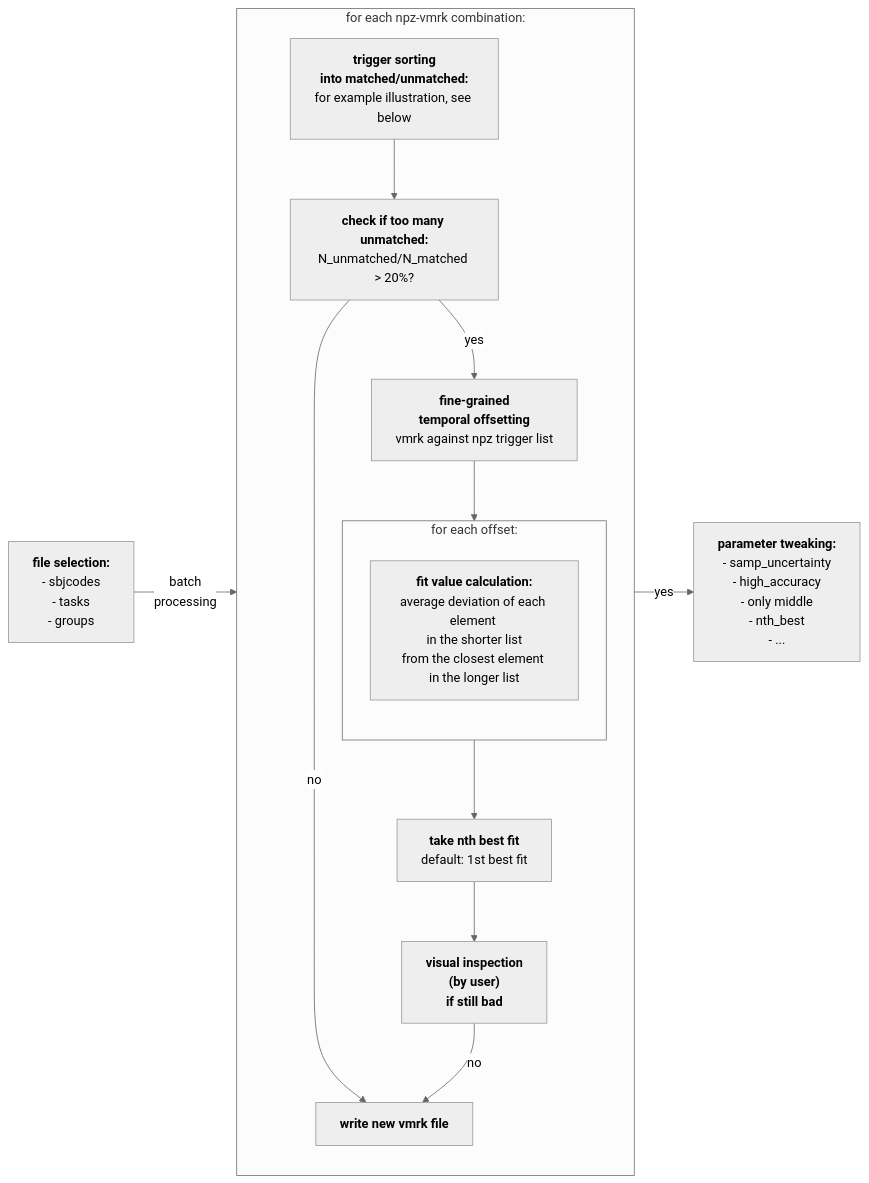
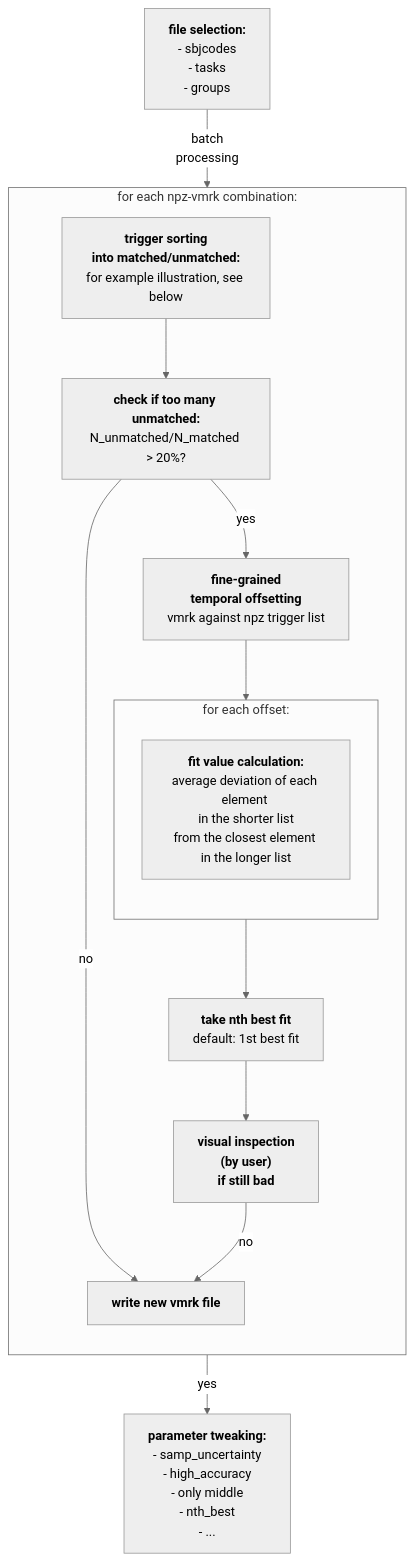
The diagram in README.md (neuro-dream/Trigger-Fix), drawn with Mermaid (neutral theme) before and after one commit.

````diff
--- a/README.md
+++ b/README.md
@@ -6,34 +6,34 @@
 ```mermaid
 %% (function: <a href='https://github.com/neurodream/Trigger-Fix/blob/main/trigfix/trigger_compare_functions.py#L92'>apply_fix</a>)
 
-graph LR;
+graph TD;
     A["<b>file selection:</b><br>- sbjcodes<br> - tasks<br> - groups"]
     B["<b>trigger sorting<br>into matched/unmatched:</b><br>for example illustration, see below"]
     C["<b>check if too many unmatched:</b><br>N_unmatched/N_matched > 20%?"]
     D["<b>fine-grained <br>temporal offsetting</b><br>vmrk against npz trigger list"]
     E["<b>fit value calculation:</b><br>average deviation of each element <br> in the shorter list <br>from the closest element <br>in the longer list"]
     F["<b>take nth best fit</b><br>default: 1st best fit"]
     G["<b>write new vmrk file</b>"]
     H["<b>visual inspection <br>(by user) <br>if still bad</b>"]
     I["<b>parameter tweaking:</b><br>- samp_uncertainty<br>- high_accuracy<br>- only middle<br>- nth_best<br>- ..."]
 
 subgraph for_each_file_comb["for each npz-vmrk combination:"]
     direction TB
     B-->C;
     C-->|no|G;
     C-->|yes|D;
     subgraph for_each_offset["for each offset:"]
         direction TB
         E
     end
     D-->for_each_offset;
     for_each_offset-->F;
     F-->H;
     %% for_each_file_comb -- "until<br>all files<br>processed" --> for_each_file_comb;
     %% G--"until<br>all files<br>processed" --> for_each_file_comb;
     H-->|no|G;
 end
 
 A--"batch <br>processing"-->for_each_file_comb;
 H-->|yes|I;
 ```
````
